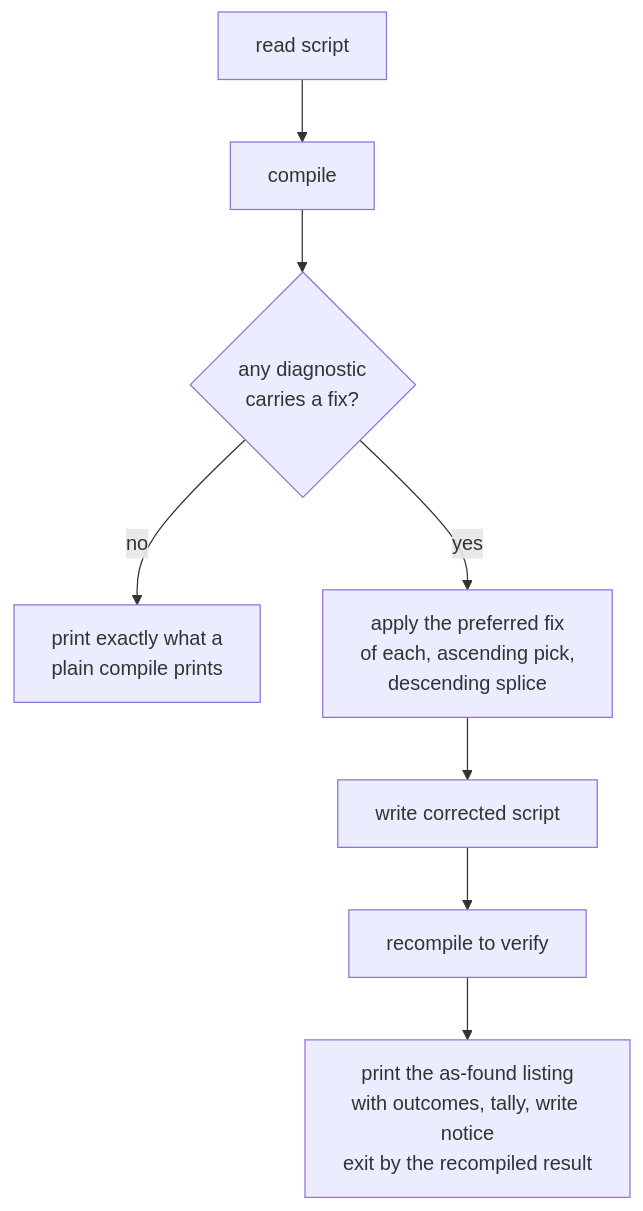
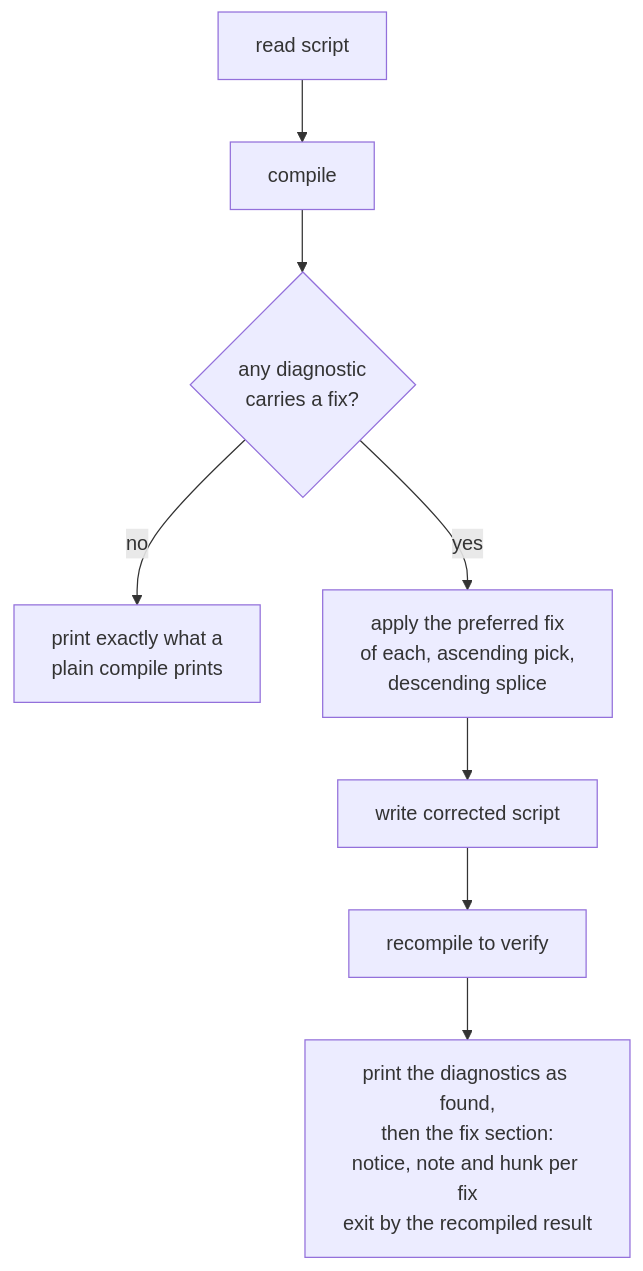
One commit to pengzhengyi/dialoguedown changed the diagram in docs/contributing/design-notes/cli/Compile CLI - Fix Mode.md. Above: the diagram before and after it, drawn with Mermaid. The commit also changed other lines of this file and 3 other files, not shown here.

````diff
--- a/docs/contributing/design-notes/cli/Compile CLI - Fix Mode.md
+++ b/docs/contributing/design-notes/cli/Compile CLI - Fix Mode.md
@@ -124,10 +128,10 @@
 ```mermaid
 flowchart TD
     A["read script"] --> B["compile"]
     B --> C{"any diagnostic<br/>carries a fix?"}
     C -- "no" --> D["print exactly what a<br/>plain compile prints"]
     C -- "yes" --> E["apply the preferred fix<br/>of each, ascending pick,<br/>descending splice"]
     E --> F["write corrected script"]
     F --> G["recompile to verify"]
-    G --> H["print the as-found listing<br/>with outcomes, tally, write notice<br/>exit by the recompiled result"]
+    G --> H["print the diagnostics as found,<br/>then the fix section:<br/>notice, note and hunk per fix<br/>exit by the recompiled result"]
 ```
````
